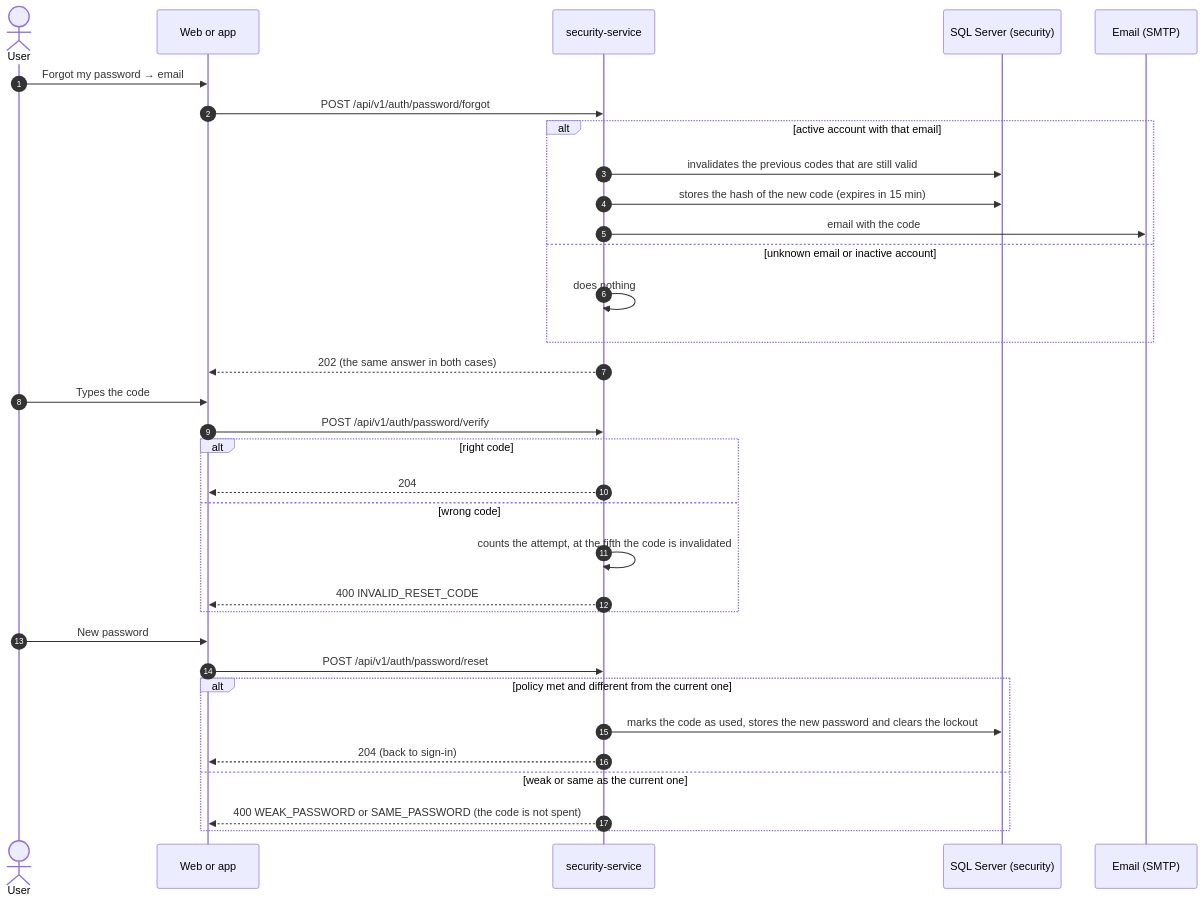
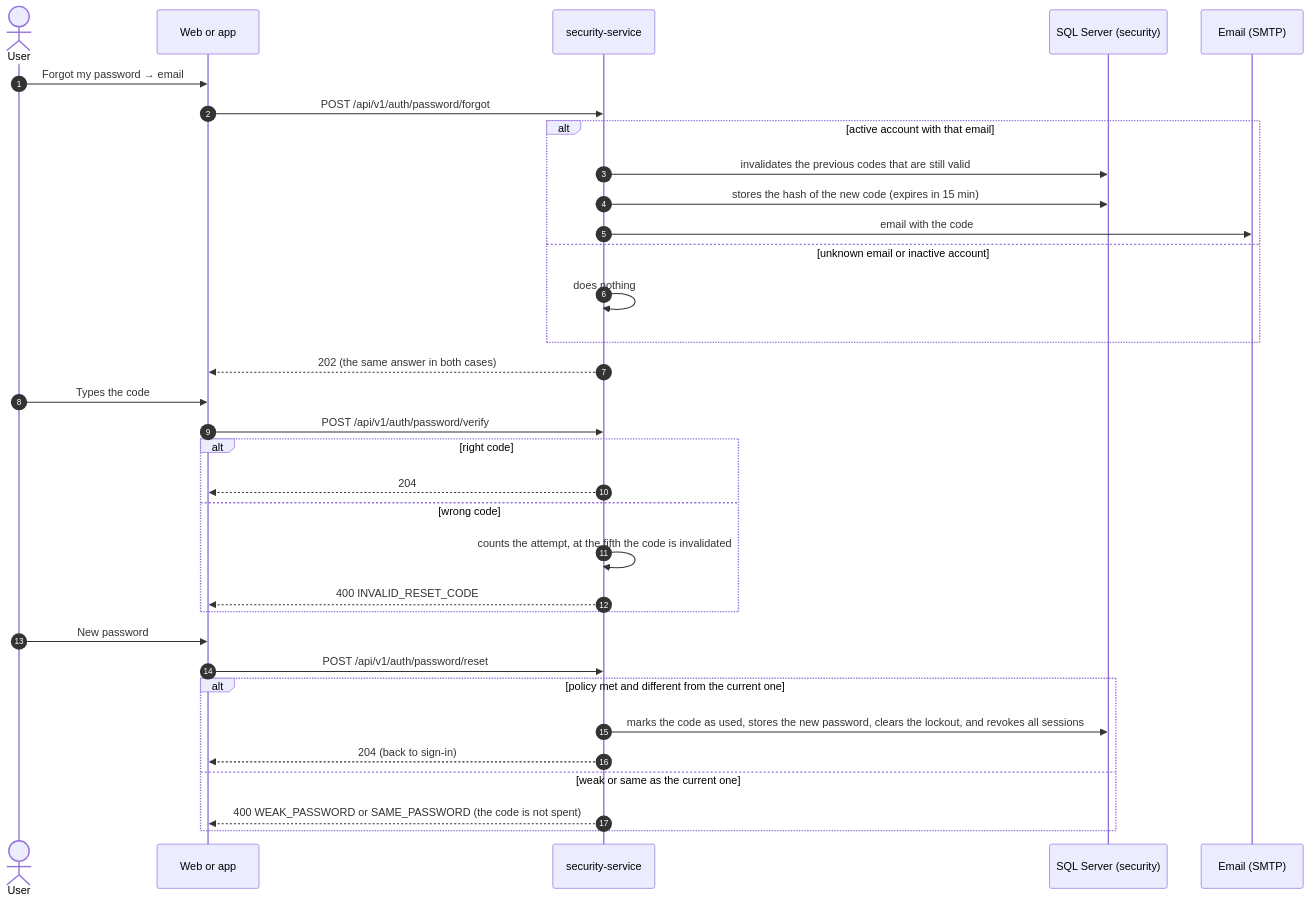
Diagram 14 of 26 in 02_DOCUMENTACION_DE_ANALISIS_DEL_SOFTWARE/EN/MD/software-analysis-documentation.md (BrayanCABRERA123/lavarapido-docs), drawn with Mermaid before and after one commit. The commit also changed other lines of this file and 1 other file, not shown here.

First line of the commit message:
docs(analysis): add the session revocation on password recovery and the gateway fail-open to the analysis

````diff
--- a/02_DOCUMENTACION_DE_ANALISIS_DEL_SOFTWARE/EN/MD/software-analysis-documentation.md
+++ b/02_DOCUMENTACION_DE_ANALISIS_DEL_SOFTWARE/EN/MD/software-analysis-documentation.md
@@ -599,36 +599,36 @@
 ```mermaid
 sequenceDiagram
     autonumber
     actor U as User
     participant W as Web or app
     participant S as security-service
     participant DB as SQL Server (security)
     participant M as Email (SMTP)
 
     U->>W: Forgot my password → email
     W->>S: POST /api/v1/auth/password/forgot
     alt active account with that email
         S->>DB: invalidates the previous codes that are still valid
         S->>DB: stores the hash of the new code (expires in 15 min)
         S->>M: email with the code
     else unknown email or inactive account
         S->>S: does nothing
     end
     S-->>W: 202 (the same answer in both cases)
     U->>W: Types the code
     W->>S: POST /api/v1/auth/password/verify
     alt right code
         S-->>W: 204
     else wrong code
         S->>S: counts the attempt, at the fifth the code is invalidated
         S-->>W: 400 INVALID_RESET_CODE
     end
     U->>W: New password
     W->>S: POST /api/v1/auth/password/reset
     alt policy met and different from the current one
-        S->>DB: marks the code as used, stores the new password and clears the lockout
+        S->>DB: marks the code as used, stores the new password, clears the lockout, and revokes all sessions
         S-->>W: 204 (back to sign-in)
     else weak or same as the current one
         S-->>W: 400 WEAK_PASSWORD or SAME_PASSWORD (the code is not spent)
     end
 ```
````
